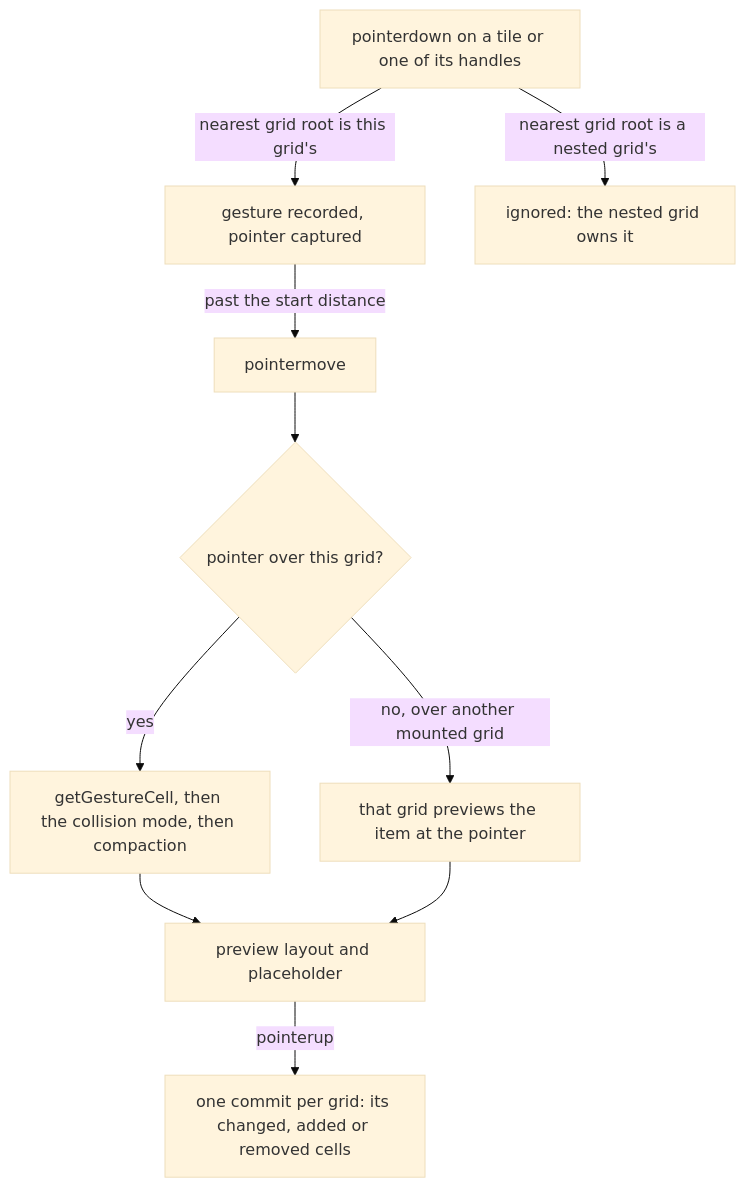
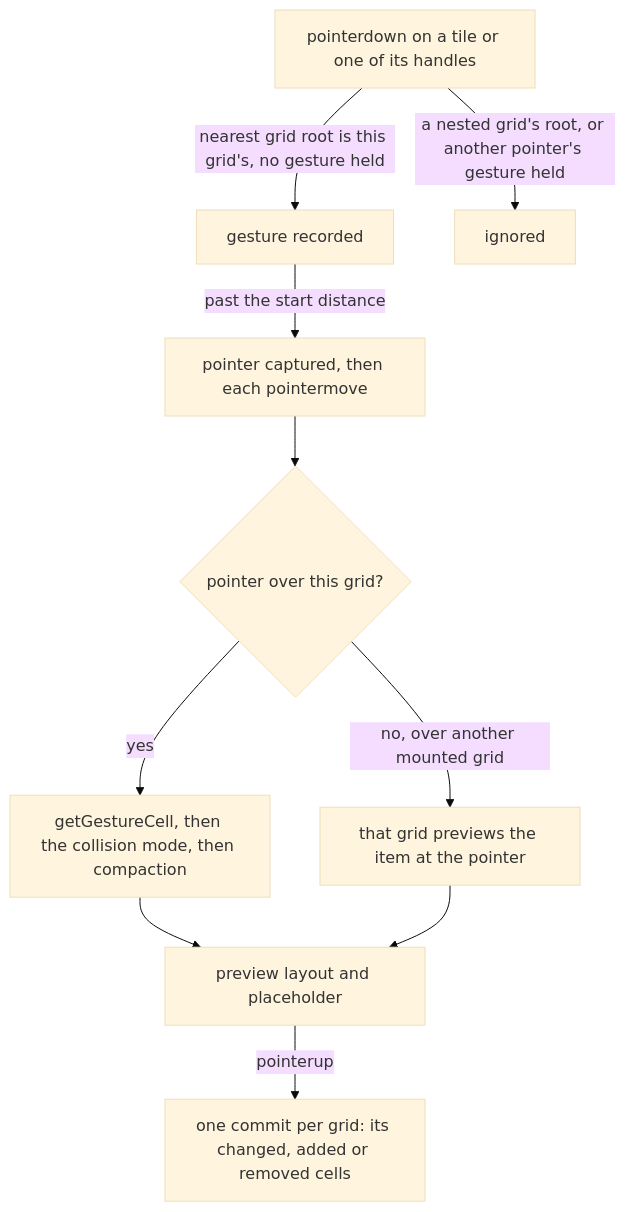
One commit to Esposter/Esposter changed the diagram in openspec/changes/resource-dashboard-grid-package/design.md. Above: the diagram before and after it, drawn with Mermaid (base theme). The commit also changed other lines of this file and 4 other files, not shown here.

First line of the commit message:
docs(openspec): give the grid package change its capability spec

````diff
--- a/openspec/changes/resource-dashboard-grid-package/design.md
+++ b/openspec/changes/resource-dashboard-grid-package/design.md
@@ -21,12 +21,12 @@
 ```mermaid
 flowchart TD
-  press["pointerdown on a tile or one of its handles"] -->|"nearest grid root is this grid's"| gesture["gesture recorded, pointer captured"]
-  press -->|"nearest grid root is a nested grid's"| skip["ignored: the nested grid owns it"]
-  gesture -->|"past the start distance"| move["pointermove"]
+  press["pointerdown on a tile or one of its handles"] -->|"nearest grid root is this grid's, no gesture held"| gesture["gesture recorded"]
+  press -->|"a nested grid's root, or another pointer's gesture held"| skip["ignored"]
+  gesture -->|"past the start distance"| move["pointer captured, then each pointermove"]
   move --> inside{"pointer over this grid?"}
   inside -->|yes| cell["getGestureCell, then the collision mode, then compaction"]
   inside -->|"no, over another mounted grid"| handoff["that grid previews the item at the pointer"]
   cell --> preview["preview layout and placeholder"]
   handoff --> preview
   preview -->|pointerup| commit["one commit per grid: its changed, added or removed cells"]
 ```
````
